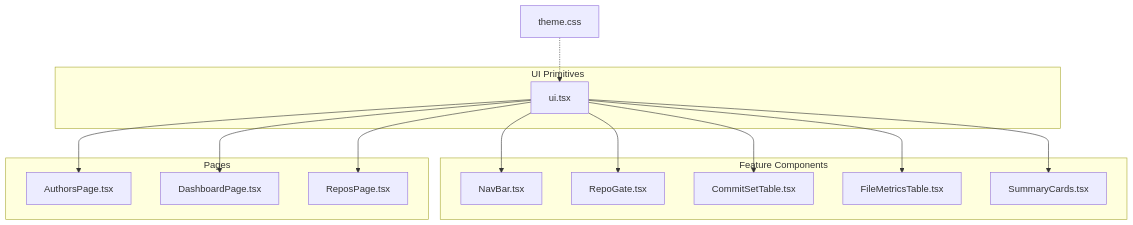
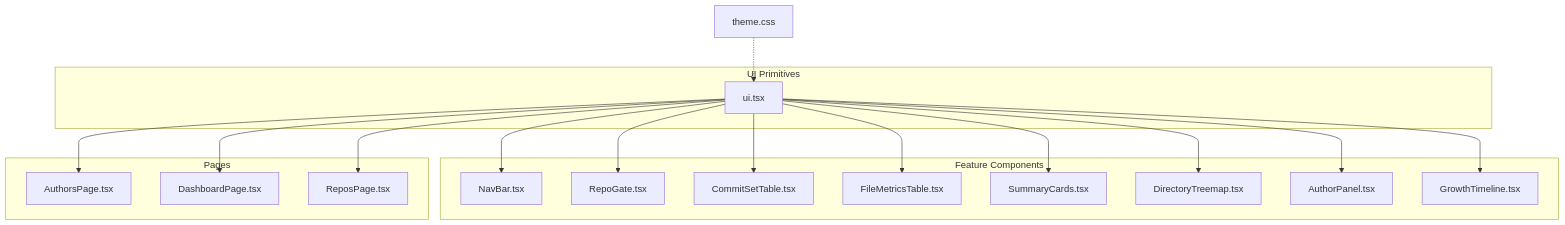
The first of 3 diagrams in .qoder/repowiki/en/content/System Architecture/Frontend Architecture/Component System/UI Primitives.md (Keanu-de-Hart/sdp-test), drawn with Mermaid before and after one commit. The commit also changed other lines of this file and 75 other files, not shown here.

````diff
--- a/.qoder/repowiki/en/content/System Architecture/Frontend Architecture/Component System/UI Primitives.md
+++ b/.qoder/repowiki/en/content/System Architecture/Frontend Architecture/Component System/UI Primitives.md
@@ -40,28 +51,34 @@
 ```mermaid
 graph TB
 subgraph "UI Primitives"
 U["ui.tsx"]
 end
 subgraph "Feature Components"
 N["NavBar.tsx"]
 R["RepoGate.tsx"]
 C["CommitSetTable.tsx"]
 F["FileMetricsTable.tsx"]
 S["SummaryCards.tsx"]
+DT["DirectoryTreemap.tsx"]
+AP["AuthorPanel.tsx"]
+GT["GrowthTimeline.tsx"]
 end
 subgraph "Pages"
 A["AuthorsPage.tsx"]
 D["DashboardPage.tsx"]
 P["ReposPage.tsx"]
 end
 T["theme.css"]
 U --> N
 U --> R
 U --> C
 U --> F
 U --> S
+U --> DT
+U --> AP
+U --> GT
 U --> A
 U --> D
 U --> P
 T -.-> U
 ```
````
